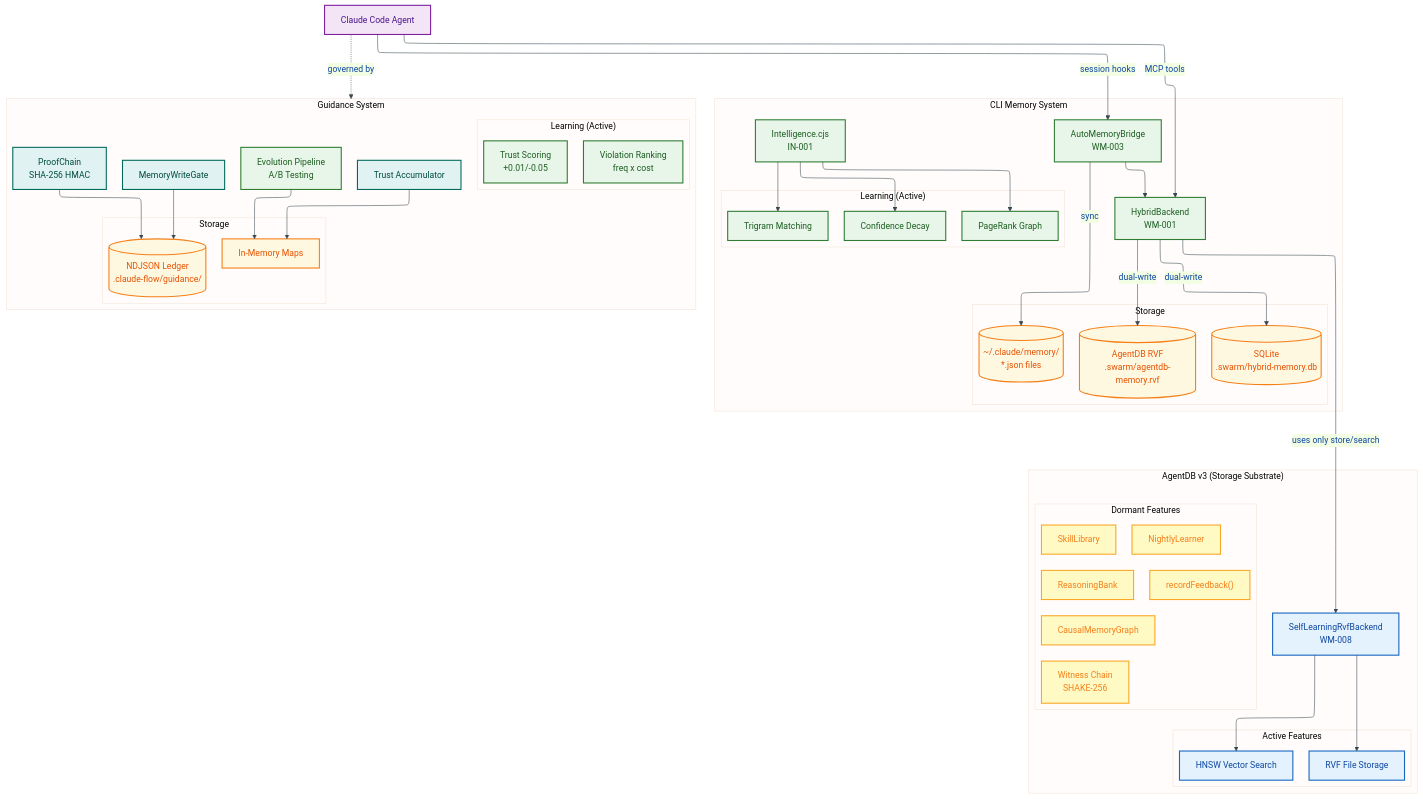
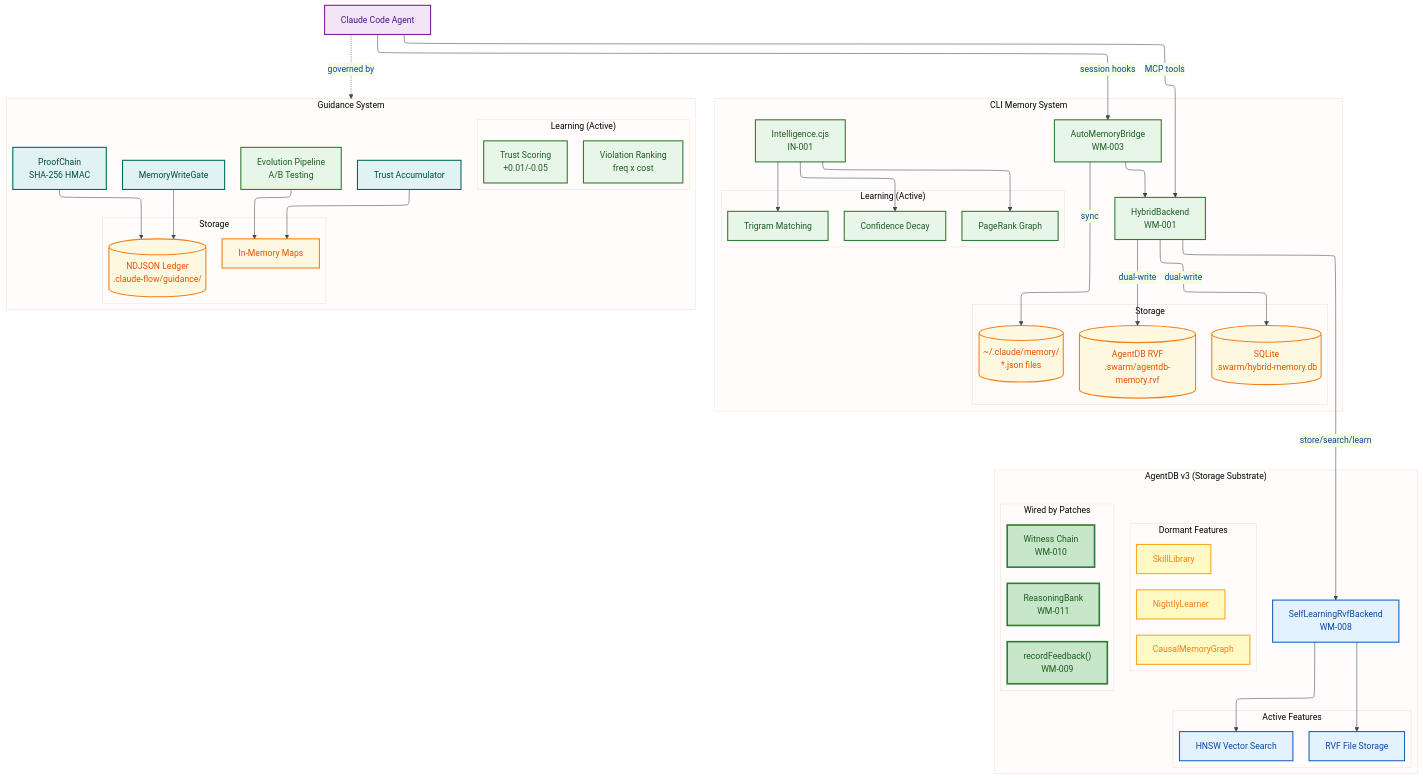
Before and after one commit to sparkling/claude-flow-patch: the first of 3 diagrams in docs/memory-system-analysis.md, drawn with Mermaid. The commit also changed other lines of this file and 48 other files, not shown here.

````diff
--- a/docs/memory-system-analysis.md
+++ b/docs/memory-system-analysis.md
@@ -45,6 +45,7 @@
     classDef external fill:#ECEFF1,stroke:#455A64,stroke-width:2px,color:#263238
     classDef warning fill:#FFF9C4,stroke:#F9A825,stroke-width:2px,color:#F57F17
     classDef error fill:#FFCDD2,stroke:#C62828,stroke-width:2px,color:#B71C1C
+    classDef newpatch fill:#C8E6C9,stroke:#2E7D32,stroke-width:3px,color:#1B5E20
 
     Agent["Claude Code Agent"]:::user
 
@@ -90,11 +91,15 @@
         direction TB
         SelfLearn["SelfLearningRvfBackend<br/>WM-008"]:::infra
 
+        subgraph Wired["Wired by Patches"]
+            direction LR
+            RecordFB["recordFeedback()<br/>WM-009"]:::newpatch
+            WitnessChain["Witness Chain<br/>WM-010"]:::newpatch
+            ReasonBank["ReasoningBank<br/>WM-011"]:::newpatch
+        end
+
         subgraph Dormant["Dormant Features"]
             direction LR
-            RecordFB["recordFeedback()"]:::warning
-            WitnessChain["Witness Chain<br/>SHAKE-256"]:::warning
-            ReasonBank["ReasoningBank"]:::warning
             CausalMem["CausalMemoryGraph"]:::warning
             SkillLib["SkillLibrary"]:::warning
             NightLearn["NightlyLearner"]:::warning
@@ -123,7 +128,7 @@
     TrustAccum --> InMemMaps
     Evolution --> InMemMaps
 
-    HybridBE -->|"uses only store/search"| SelfLearn
+    HybridBE -->|"store/search/learn"| SelfLearn
     SelfLearn --> HNSWSearch
     SelfLearn --> RVFStore
 ```
````
